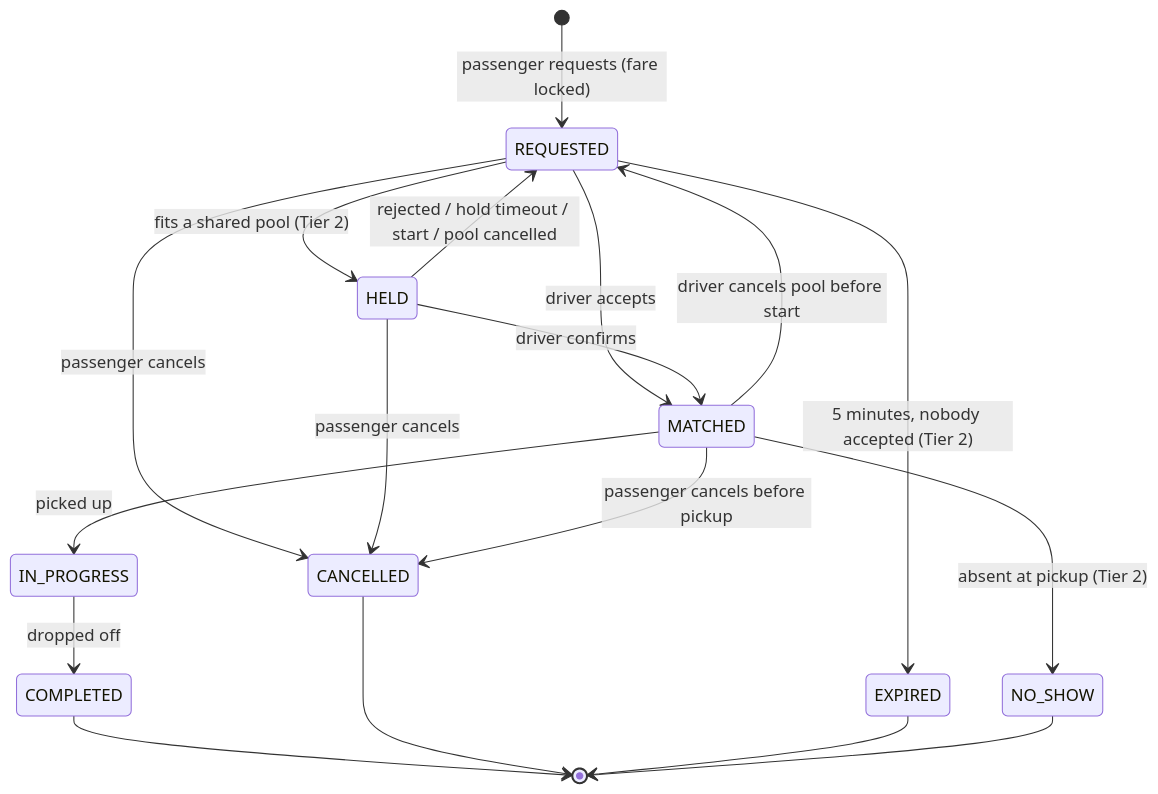
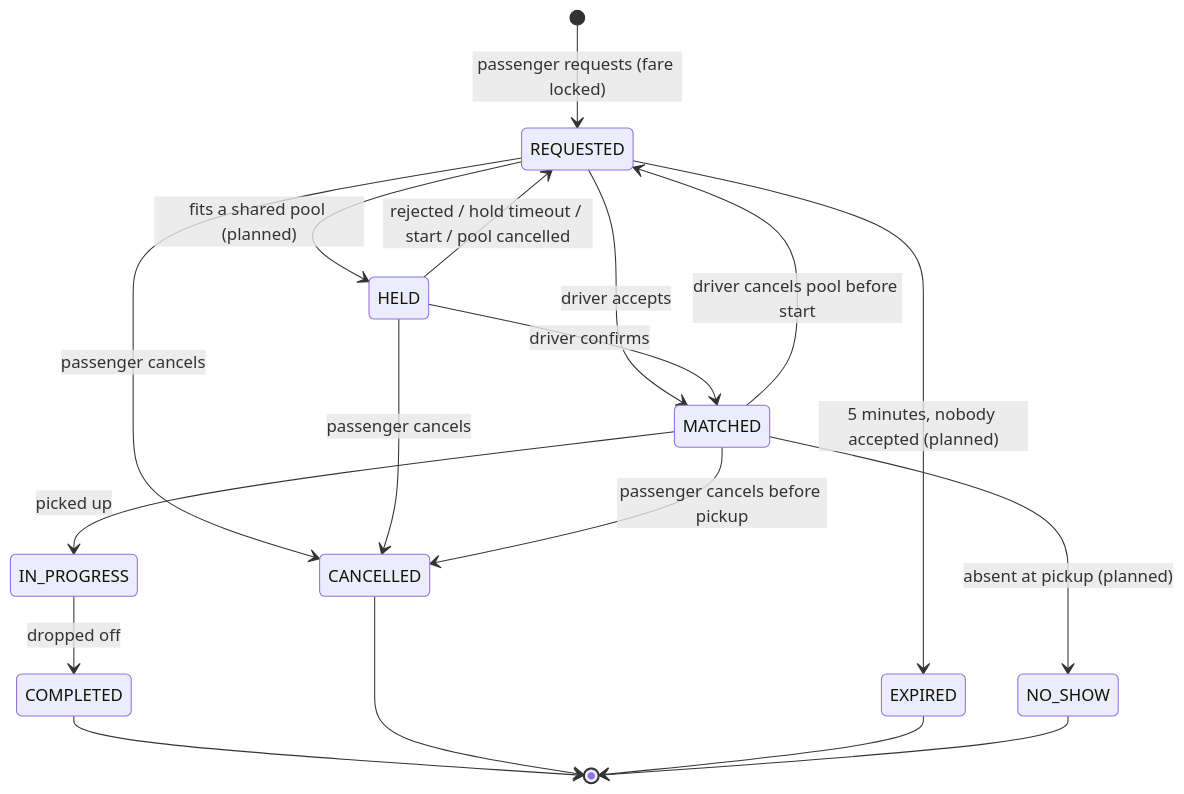
Before and after one commit to istiak133/Tesla: the second of 3 diagrams in docs/state-machine.md, drawn with Mermaid. The commit also changed other lines of this file, not shown here.

Commit message:
docs(ride): add pool and ride request state machines

````diff
--- a/docs/state-machine.md
+++ b/docs/state-machine.md
@@ -32,20 +32,20 @@
 ```mermaid
 stateDiagram-v2
     [*] --> REQUESTED: passenger requests (fare locked)
-    REQUESTED --> HELD: fits a shared pool (Tier 2)
+    REQUESTED --> HELD: fits a shared pool (planned)
     REQUESTED --> MATCHED: driver accepts
     REQUESTED --> CANCELLED: passenger cancels
-    REQUESTED --> EXPIRED: 5 minutes, nobody accepted (Tier 2)
+    REQUESTED --> EXPIRED: 5 minutes, nobody accepted (planned)
     HELD --> MATCHED: driver confirms
     HELD --> REQUESTED: rejected / hold timeout / start / pool cancelled
     HELD --> CANCELLED: passenger cancels
     MATCHED --> IN_PROGRESS: picked up
-    MATCHED --> NO_SHOW: absent at pickup (Tier 2)
+    MATCHED --> NO_SHOW: absent at pickup (planned)
     MATCHED --> CANCELLED: passenger cancels before pickup
     MATCHED --> REQUESTED: driver cancels pool before start
     IN_PROGRESS --> COMPLETED: dropped off
     COMPLETED --> [*]
     CANCELLED --> [*]
     EXPIRED --> [*]
     NO_SHOW --> [*]
 ```
````
